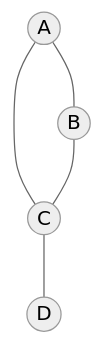
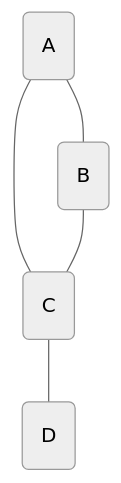
Diagram 12 of 25 in lectures/lect-16-Graph.md (ruslylove/datastruct), drawn with Mermaid (neutral theme) before and after one commit. The commit also changed other lines of this file and 2 other files, not shown here.

````diff
--- a/lectures/lect-16-Graph.md
+++ b/lectures/lect-16-Graph.md
@@ -367,12 +367,12 @@
-```mermaid {scale: 1.3}
+```mermaid 
 graph TD
-    A((A))
-    B((B))
-    C((C))
-    D((D)) 
+    A(A)
+    B(B)
+    C(C)
+    D(D) 
     A --- B
     A --- C
     B --- C
     C --- D
 
 ```
````
